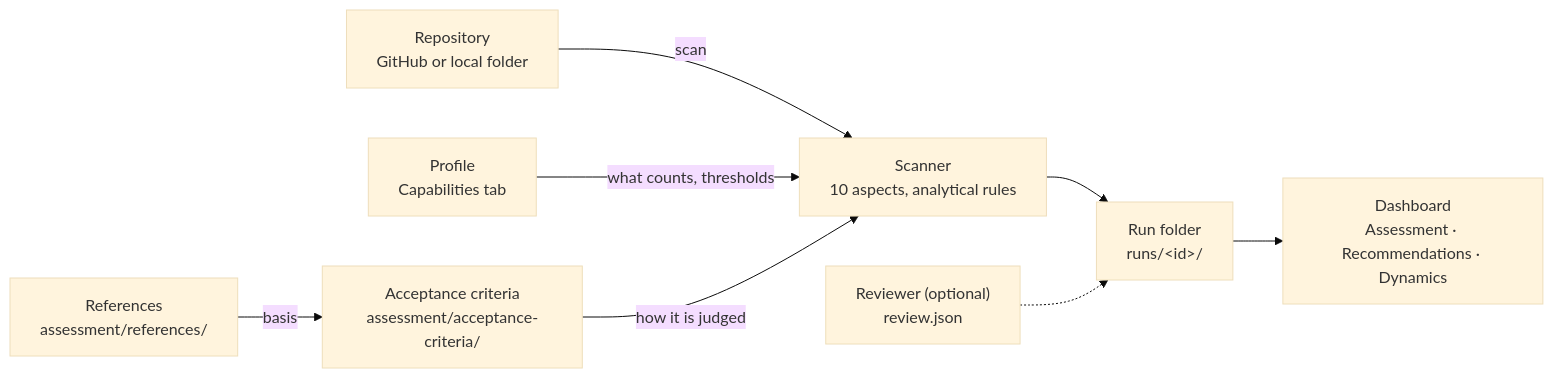
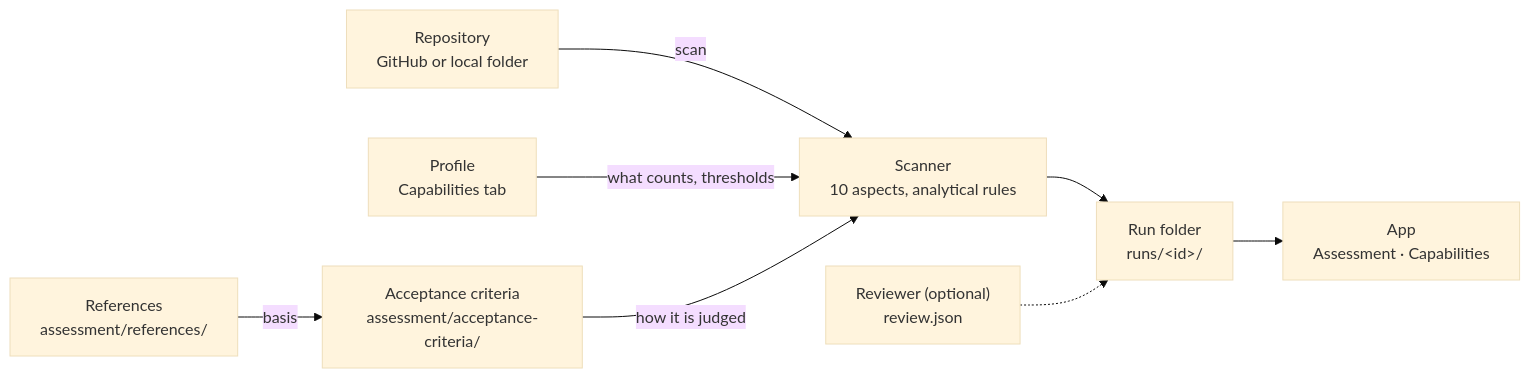
The diagram in README.md (dryabokon/SDLC360), drawn with Mermaid (base theme) before and after one commit. The commit also changed other lines of this file and 37 other files, not shown here.

First line of the commit message:
Two tabs, one layout: recommendations inside the Assessment, plain "Accepted when" in Capabilities

````diff
--- a/README.md
+++ b/README.md
@@ -118,10 +105,10 @@
 ```mermaid
 flowchart LR
     R["Repository<br/>GitHub or local folder"] -->|scan| S["Scanner<br/>10 aspects, analytical rules"]
     E["Profile<br/>Capabilities tab"] -->|what counts, thresholds| S
     A["Acceptance criteria<br/>assessment/acceptance-criteria/"] -->|how it is judged| S
     Src["References<br/>assessment/references/"] -->|basis| A
     S --> Run["Run folder<br/>runs/&lt;id&gt;/"]
     Rev["Reviewer (optional)<br/>review.json"] -.-> Run
-    Run --> D["Dashboard<br/>Assessment · Recommendations · Dynamics"]
+    Run --> D["App<br/>Assessment · Capabilities"]
 ```
````
